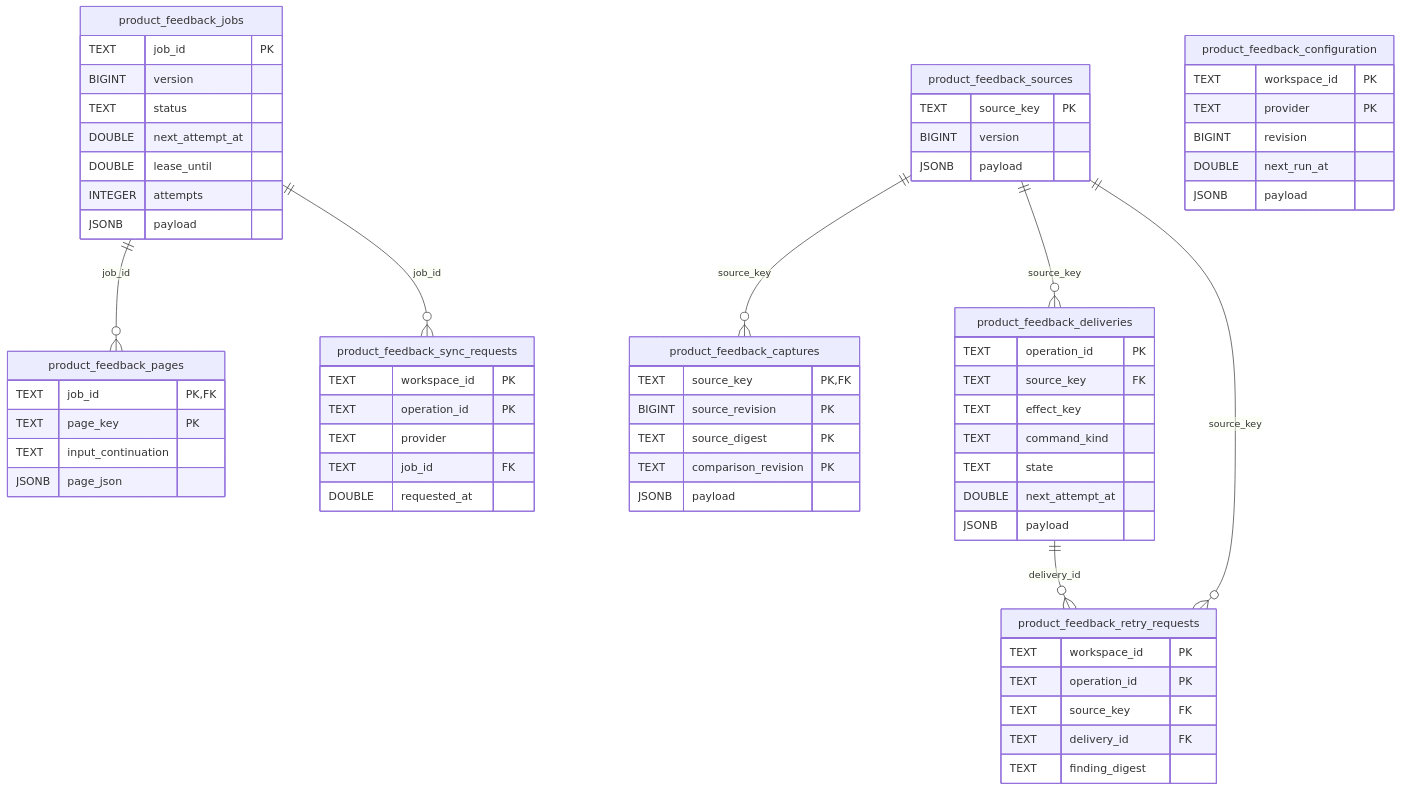
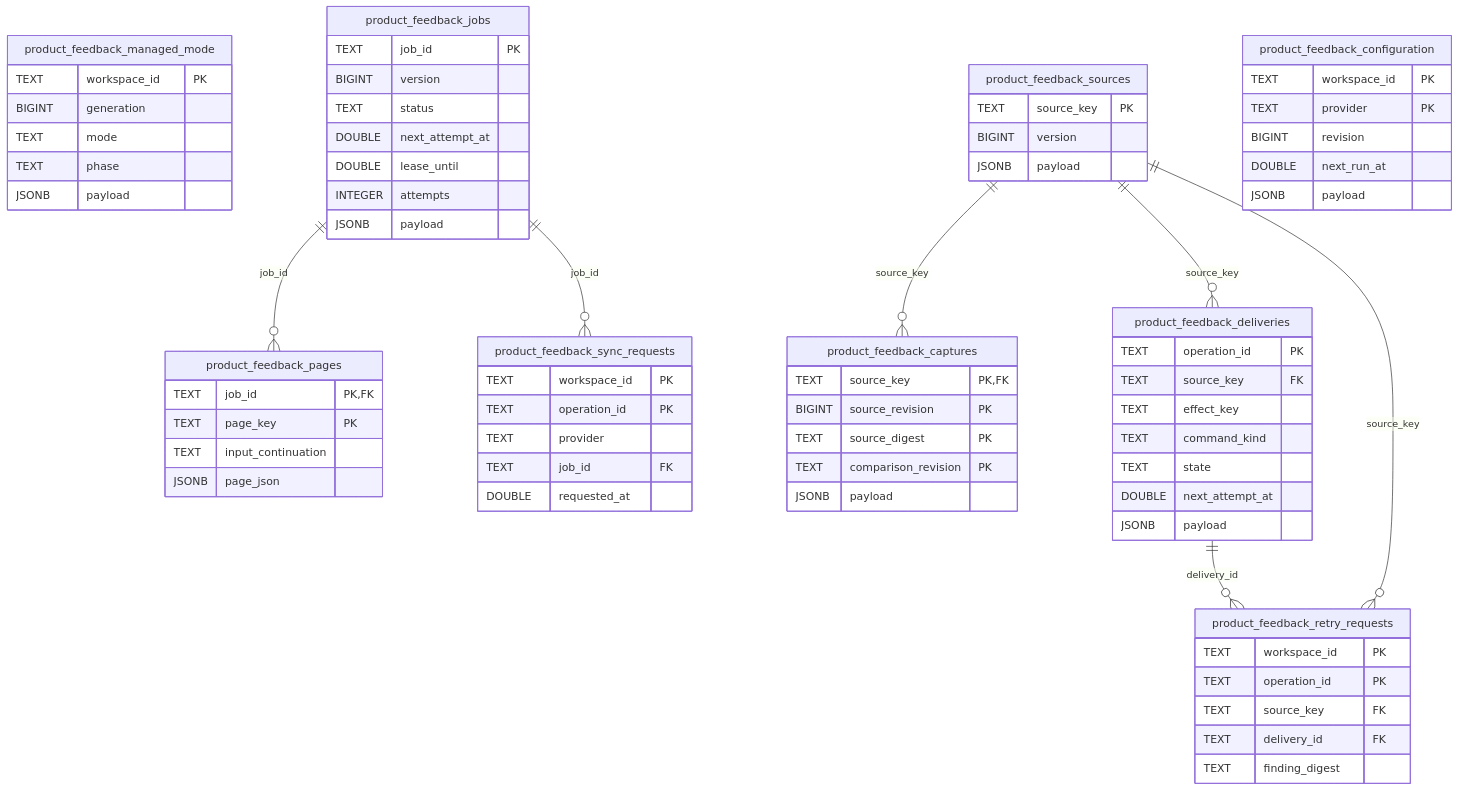
The second of 2 diagrams in database/tempo_legacy_database/schema/product-game-sync/README.md (aaweaver-actuary/tempo), drawn with Mermaid before and after one commit. The commit also changed other lines of this file and 10 other files, not shown here.

````diff
--- a/database/tempo_legacy_database/schema/product-game-sync/README.md
+++ b/database/tempo_legacy_database/schema/product-game-sync/README.md
@@ -33,66 +56,73 @@
 ```mermaid
 erDiagram
+  product_feedback_managed_mode {
+    TEXT workspace_id PK
+    BIGINT generation
+    TEXT mode
+    TEXT phase
+    JSONB payload
+  }
   product_feedback_jobs {
     TEXT job_id PK
     BIGINT version
     TEXT status
     DOUBLE next_attempt_at
     DOUBLE lease_until
     INTEGER attempts
     JSONB payload
   }
   product_feedback_pages {
     TEXT job_id PK,FK
     TEXT page_key PK
     TEXT input_continuation
     JSONB page_json
   }
   product_feedback_sources {
     TEXT source_key PK
     BIGINT version
     JSONB payload
   }
   product_feedback_captures {
     TEXT source_key PK,FK
     BIGINT source_revision PK
     TEXT source_digest PK
     TEXT comparison_revision PK
     JSONB payload
   }
   product_feedback_deliveries {
     TEXT operation_id PK
     TEXT source_key FK
     TEXT effect_key
     TEXT command_kind
     TEXT state
     DOUBLE next_attempt_at
     JSONB payload
   }
   product_feedback_configuration {
     TEXT workspace_id PK
     TEXT provider PK
     BIGINT revision
     DOUBLE next_run_at
     JSONB payload
   }
   product_feedback_sync_requests {
     TEXT workspace_id PK
     TEXT operation_id PK
     TEXT provider
     TEXT job_id FK
     DOUBLE requested_at
   }
   product_feedback_retry_requests {
     TEXT workspace_id PK
     TEXT operation_id PK
     TEXT source_key FK
     TEXT delivery_id FK
     TEXT finding_digest
   }
   product_feedback_jobs ||--o{ product_feedback_pages : "job_id"
   product_feedback_sources ||--o{ product_feedback_captures : "source_key"
   product_feedback_sources ||--o{ product_feedback_deliveries : "source_key"
   product_feedback_jobs ||--o{ product_feedback_sync_requests : "job_id"
   product_feedback_sources ||--o{ product_feedback_retry_requests : "source_key"
   product_feedback_deliveries ||--o{ product_feedback_retry_requests : "delivery_id"
 ```
````
